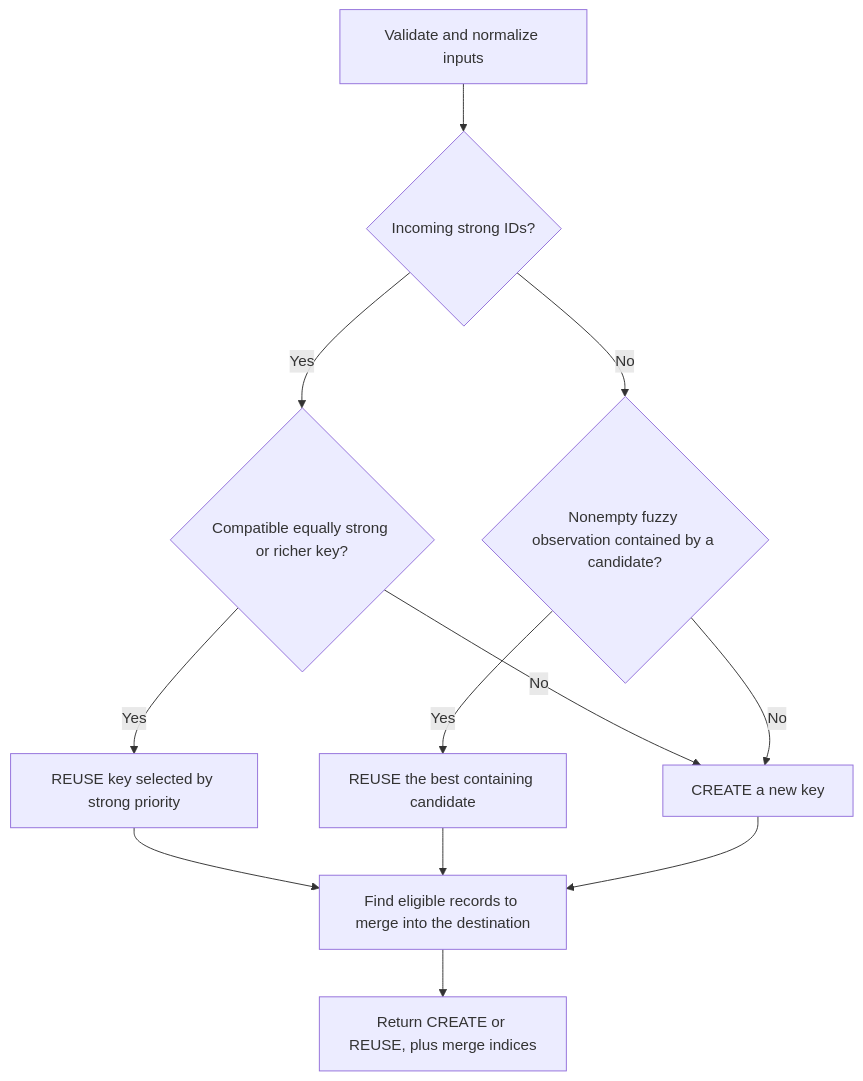
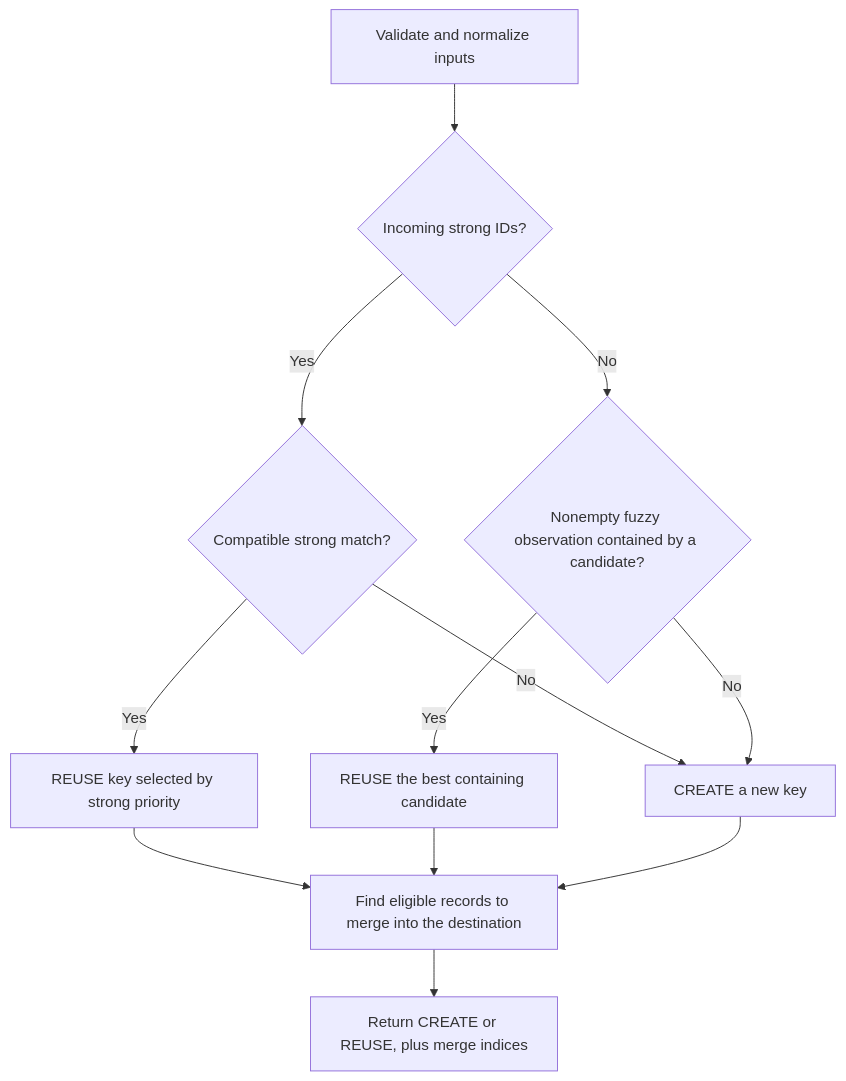
The diagram in docs/how-asset-identity-works.md (greenbone/asset-identity), drawn with Mermaid before and after one commit. The commit also changed other lines of this file and 10 other files, not shown here.

````diff
--- a/docs/how-asset-identity-works.md
+++ b/docs/how-asset-identity-works.md
@@ -154,14 +154,14 @@
 ```mermaid
 flowchart TD
     A[Validate and normalize inputs] --> B{Incoming strong IDs?}
-    B -- Yes --> C{Compatible equally strong or richer key?}
+    B -- Yes --> C{Compatible strong match?}
     C -- Yes --> D[REUSE key selected by strong priority]
     C -- No --> E[CREATE a new key]
     B -- No --> F{Nonempty fuzzy observation contained by a candidate?}
     F -- Yes --> G[REUSE the best containing candidate]
     F -- No --> E
     D --> H[Find eligible records to merge into the destination]
     G --> H
     E --> H
     H --> I[Return CREATE or REUSE, plus merge indices]
 ```
````
